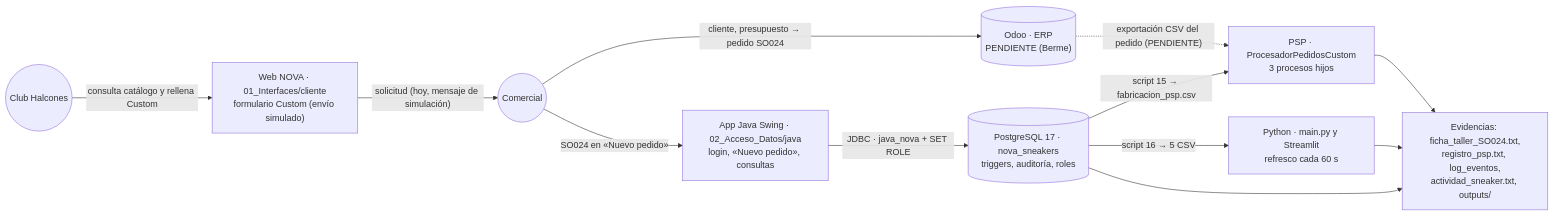
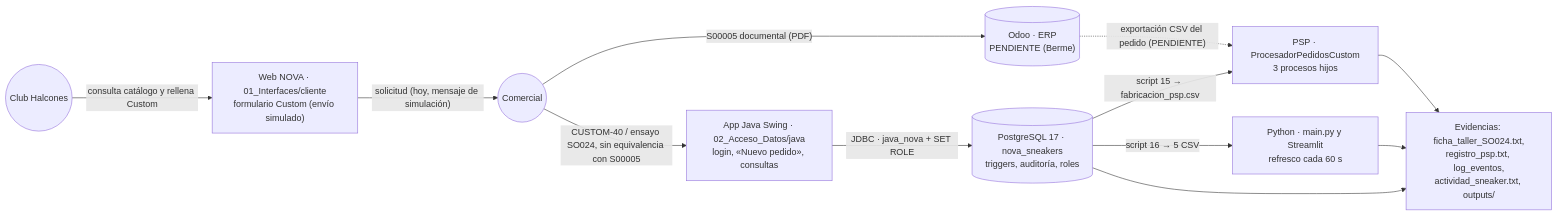
The first of 2 diagrams in 06_Intermodular/memoria/MEMORIA.md (omar1676/NOVA), drawn with Mermaid before and after one commit. The commit also changed other lines of this file and 27 other files, not shown here.

````diff
--- a/06_Intermodular/memoria/MEMORIA.md
+++ b/06_Intermodular/memoria/MEMORIA.md
@@ -95,24 +95,24 @@
 ```mermaid
 flowchart LR
   CLI((Club Halcones))
   WEB["Web NOVA · 01_Interfaces/cliente<br/>formulario Custom (envío simulado)"]
   COM((Comercial))
   ODOO[("Odoo · ERP<br/>PENDIENTE (Berme)")]
   JAVA["App Java Swing · 02_Acceso_Datos/java<br/>login, «Nuevo pedido», consultas"]
   PG[("PostgreSQL 17 · nova_sneakers<br/>triggers, auditoría, roles")]
   PSP["PSP · ProcesadorPedidosCustom<br/>3 procesos hijos"]
   PY["Python · main.py y Streamlit<br/>refresco cada 60 s"]
   EV["Evidencias: ficha_taller_SO024.txt,<br/>registro_psp.txt, log_eventos,<br/>actividad_sneaker.txt, outputs/"]
 
   CLI -- "consulta catálogo y rellena Custom" --> WEB
   WEB -- "solicitud (hoy, mensaje de simulación)" --> COM
-  COM -- "cliente, presupuesto → pedido SO024" --> ODOO
-  COM -- "SO024 en «Nuevo pedido»" --> JAVA
+  COM -- "S00005 documental (PDF)" --> ODOO
+  COM -- "CUSTOM-40 / ensayo SO024, sin equivalencia con S00005" --> JAVA
   JAVA -- "JDBC · java_nova + SET ROLE" --> PG
   PG -- "script 15 → fabricacion_psp.csv" --> PSP
   ODOO -. "exportación CSV del pedido (PENDIENTE)" .-> PSP
   PG -- "script 16 → 5 CSV" --> PY
   PSP --> EV
   PG --> EV
   PY --> EV
 ```
````
